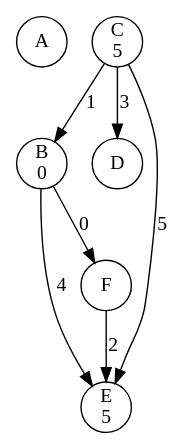
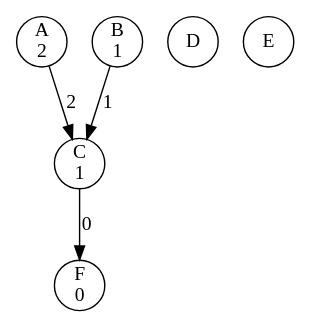
The diagram in concurrency-lab-2/bank/out/0000000008.gv (li23179/GO), drawn with Graphviz before and after one commit. The commit also changed 148 other files, not shown here.

```diff
--- a/concurrency-lab-2/bank/out/0000000008.gv
+++ b/concurrency-lab-2/bank/out/0000000008.gv
@@ -1,14 +1,11 @@
 digraph bank {
-	 0 [label= "A\n" , pos= "1,0!" , shape=circle, fixedsize=true, width=0.5 ]
-	 1 [label= "B\n0" , pos= "0,1!" , shape=circle, fixedsize=true, width=0.5 ]
-	 2 [label= "C\n5" , pos= "1,2!" , shape=circle, fixedsize=true, width=0.5 ]
+	 0 [label= "A\n2" , pos= "1,0!" , shape=circle, fixedsize=true, width=0.5 ]
+	 1 [label= "B\n1" , pos= "0,1!" , shape=circle, fixedsize=true, width=0.5 ]
+	 2 [label= "C\n1" , pos= "1,2!" , shape=circle, fixedsize=true, width=0.5 ]
 	 3 [label= "D\n" , pos= "2,2!" , shape=circle, fixedsize=true, width=0.5 ]
-	 4 [label= "E\n5" , pos= "3,1!" , shape=circle, fixedsize=true, width=0.5 ]
-	 5 [label= "F\n" , pos= "2,0!" , shape=circle, fixedsize=true, width=0.5 ]
-	 "2" -> "4" [label= "5" ]
-	 "1" -> "5" [label= "0" ]
-	 "1" -> "4" [label= "4" ]
-	 "5" -> "4" [label= "2" ]
-	 "2" -> "1" [label= "1" ]
-	 "2" -> "3" [label= "3" ]
+	 4 [label= "E\n" , pos= "3,1!" , shape=circle, fixedsize=true, width=0.5 ]
+	 5 [label= "F\n0" , pos= "2,0!" , shape=circle, fixedsize=true, width=0.5 ]
+	 "0" -> "2" [label= "2" ]
+	 "1" -> "2" [label= "1" ]
+	 "2" -> "5" [label= "0" ]
 }
```
